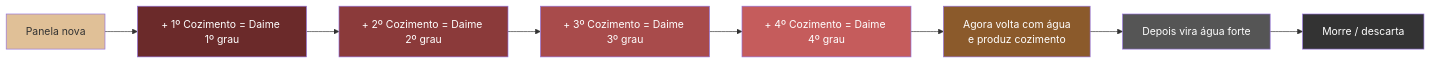
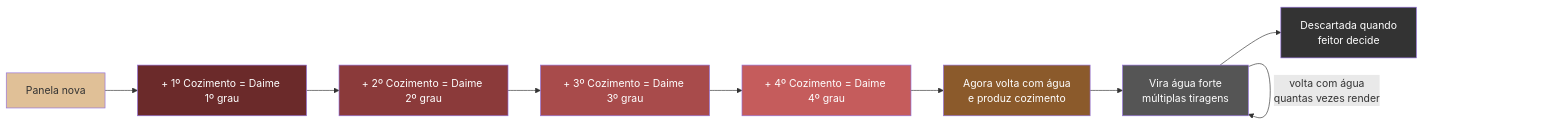
The eighth of 15 diagrams in projeto/tutorial-producao-daime.md (nitaibezerra/gestao-feitio), drawn with Mermaid before and after one commit. The commit also changed other lines of this file and 2 other files, not shown here.

First line of the commit message:
docs: corrigir tutorial, requisitos e projeto com feedback do feitor

````diff
--- a/projeto/tutorial-producao-daime.md
+++ b/projeto/tutorial-producao-daime.md
@@ -269,19 +291,20 @@
 ```mermaid
 flowchart LR
     PN[Panela nova] --> D1[+ 1º Cozimento = Daime 1º grau]
     D1 --> D2[+ 2º Cozimento = Daime 2º grau]
     D2 --> D3[+ 3º Cozimento = Daime 3º grau]
     D3 --> D4[+ 4º Cozimento = Daime 4º grau]
     D4 --> CV[Agora volta com água<br/>e produz cozimento]
-    CV --> AF2[Depois vira água forte]
-    AF2 --> FIM2[Morre / descarta]
+    CV --> AF2[Vira água forte<br/>múltiplas tiragens]
+    AF2 -->|volta com água<br/>quantas vezes render| AF2
+    AF2 --> FIM2[Descartada quando<br/>feitor decide]
 
     style PN fill:#e0c097
     style D1 fill:#6b2a2a,color:#fff
     style D2 fill:#8b3a3a,color:#fff
     style D3 fill:#a84b4b,color:#fff
     style D4 fill:#c55c5c,color:#fff
     style CV fill:#8b5a2b,color:#fff
     style AF2 fill:#555,color:#fff
     style FIM2 fill:#333,color:#fff
 ```
````
